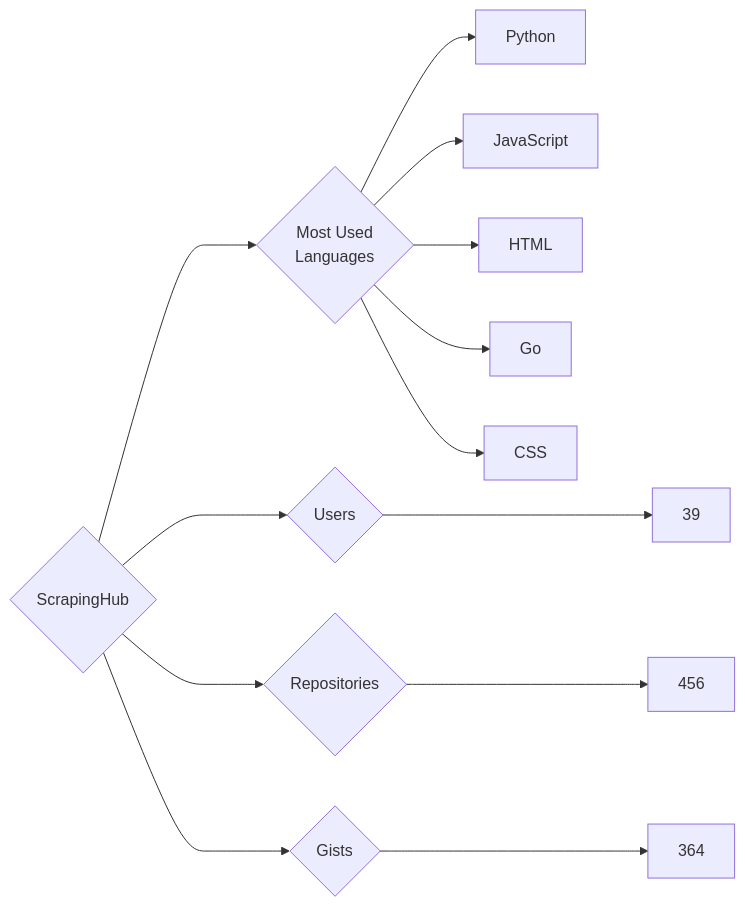
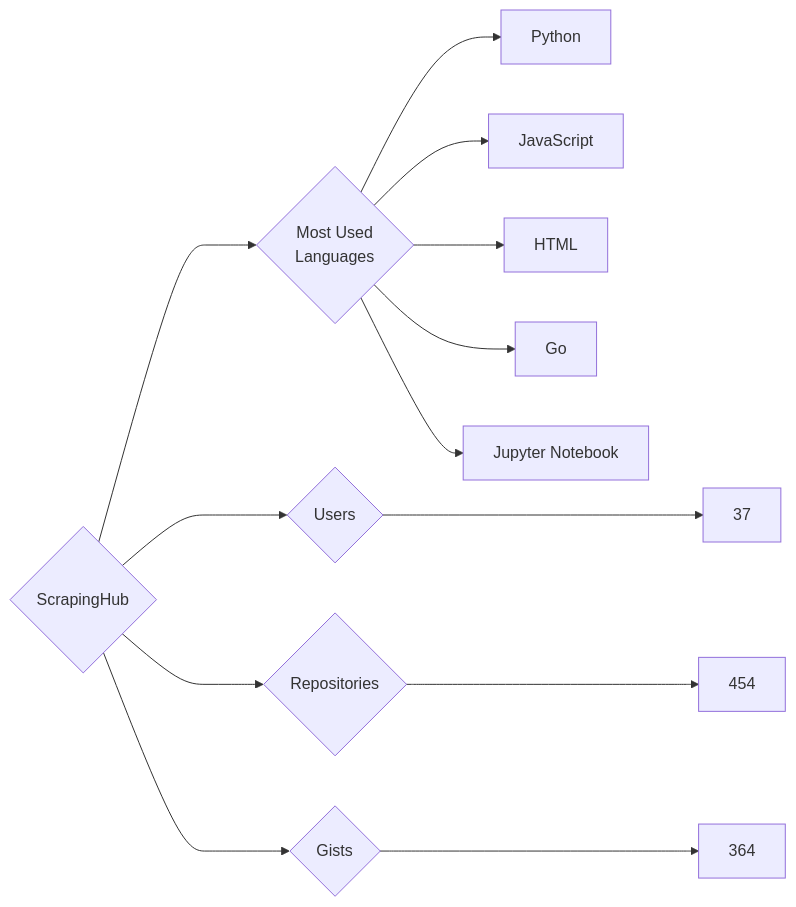
Before and after one commit to trickest/insiders: the diagram in targets/ScrapingHub/README.md, drawn with Mermaid. The commit also changed 1389 other files, not shown here.

````diff
--- a/targets/ScrapingHub/README.md
+++ b/targets/ScrapingHub/README.md
@@ -3,13 +3,13 @@
 ```mermaid
 graph LR
 COMPANY_NAME{ScrapingHub}
-COMPANY_NAME ---> U{Users} ---> UN[39]
-COMPANY_NAME ---> R{Repositories} ---> RN[456]
+COMPANY_NAME ---> U{Users} ---> UN[37]
+COMPANY_NAME ---> R{Repositories} ---> RN[454]
 COMPANY_NAME ---> G{Gists} ---> GN[364]
 COMPANY_NAME ---> ML{Most Used<br>Languages}
 ML --> Python[Python]
 ML --> JavaScript[JavaScript]
 ML --> HTML[HTML]
 ML --> Go[Go]
-ML --> CSS[CSS]
+ML --> Jupyter_Notebook[Jupyter Notebook]
 ```
````
